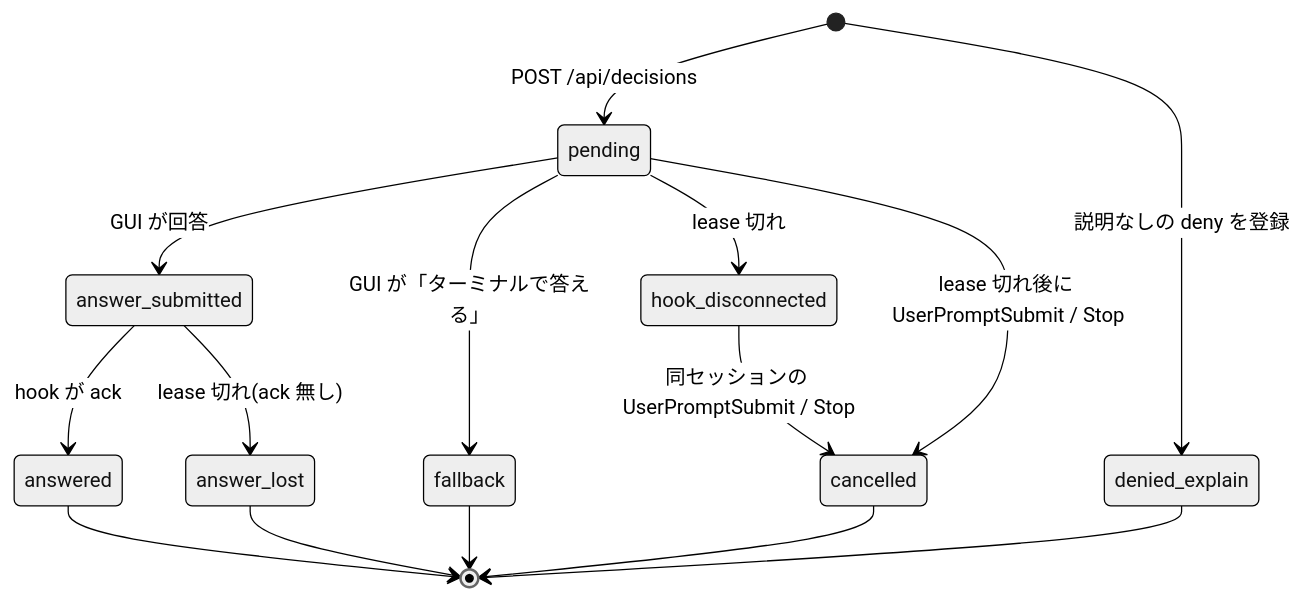
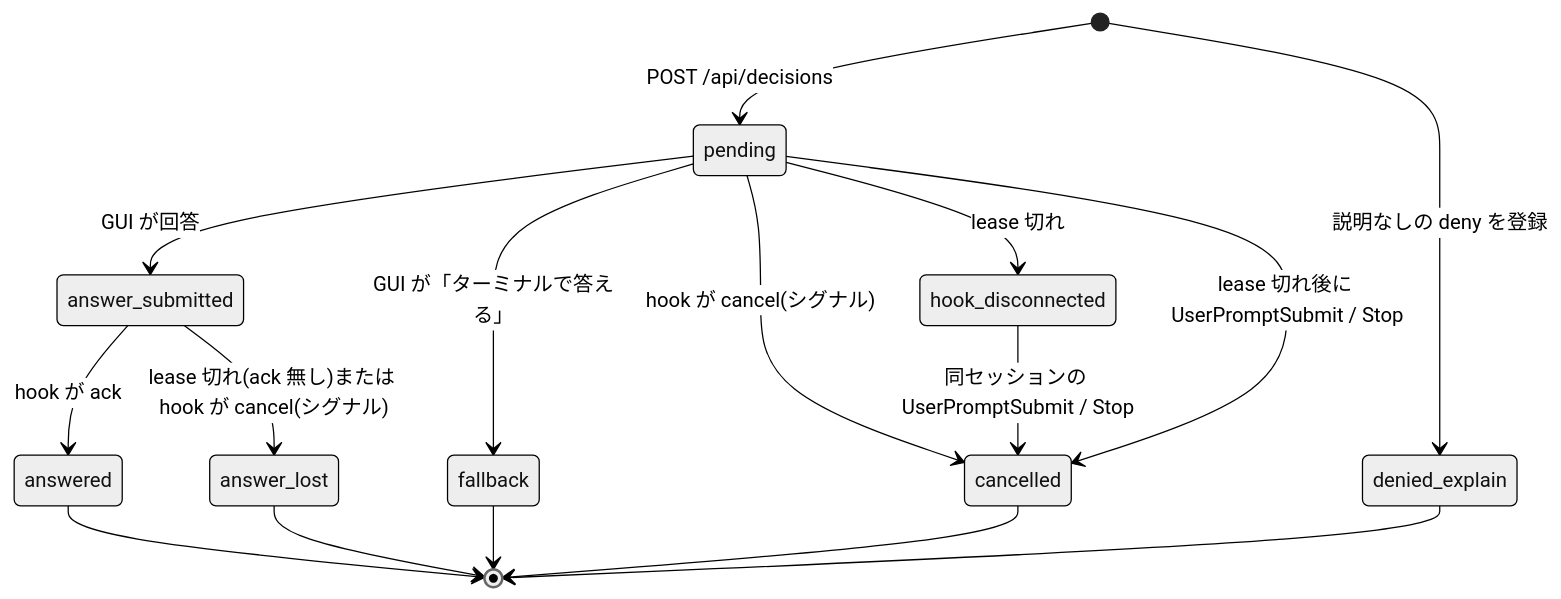
One commit to Asugawara/ukagai changed the diagram in docs/spec/api.md. Above: the diagram before and after it, drawn with Mermaid (neutral theme). The commit also changed other lines of this file and 11 other files, not shown here.

````diff
--- a/docs/spec/api.md
+++ b/docs/spec/api.md
@@ -200,17 +207,18 @@
 ```mermaid
 stateDiagram-v2
     [*] --> pending: POST /api/decisions
     [*] --> denied_explain: 説明なしの deny を登録
     pending --> answer_submitted: GUI が回答
     pending --> fallback: GUI が「ターミナルで答える」
+    pending --> cancelled: hook が cancel(シグナル)
     pending --> hook_disconnected: lease 切れ
     pending --> cancelled: lease 切れ後に UserPromptSubmit / Stop
     answer_submitted --> answered: hook が ack
-    answer_submitted --> answer_lost: lease 切れ(ack 無し)
+    answer_submitted --> answer_lost: lease 切れ(ack 無し)または hook が cancel(シグナル)
     hook_disconnected --> cancelled: 同セッションの UserPromptSubmit / Stop
     answered --> [*]
     fallback --> [*]
     answer_lost --> [*]
     cancelled --> [*]
     denied_explain --> [*]
 ```
````
